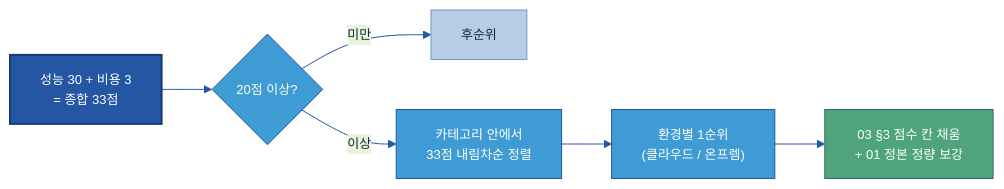
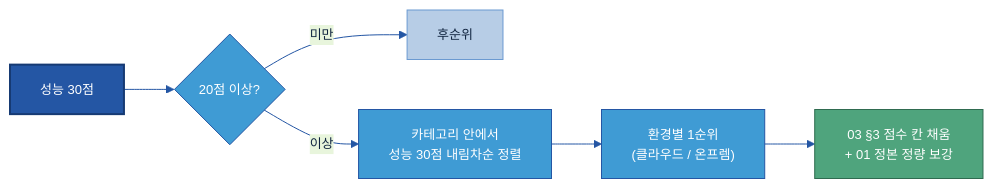
The fifth of 6 diagrams in Tech Player/04 Player 평가 실행안 (조사·보안·성능·비용·추천).md (jin-kearney/ai-ready-data-manual), drawn with Mermaid before and after one commit. The commit also changed other lines of this file and 3 other files, not shown here.

````diff
--- a/Tech Player/04 Player 평가 실행안 (조사·보안·성능·비용·추천).md
+++ b/Tech Player/04 Player 평가 실행안 (조사·보안·성능·비용·추천).md
@@ -237,13 +223,13 @@
 ```mermaid
 %%{init: {'theme':'base','themeVariables':{'primaryColor':'#DCE8F5','primaryBorderColor':'#2456A4','primaryTextColor':'#10243f','lineColor':'#2456A4','fontSize':'13px'}}}%%
 flowchart LR
-    A["성능 30 + 비용 3<br/>= 종합 33점"]:::cat --> B{"20점 이상?"}:::gate
+    A["성능 30점"]:::cat --> B{"20점 이상?"}:::gate
     B -->|미만| L["후순위"]:::n
-    B -->|이상| C["카테고리 안에서<br/>33점 내림차순 정렬"]:::gate
+    B -->|이상| C["카테고리 안에서<br/>성능 30점 내림차순 정렬"]:::gate
     C --> D["환경별 1순위<br/>(클라우드 / 온프렘)"]:::gate
     D --> E["03 §3 점수 칸 채움<br/>+ 01 정본 정량 보강"]:::loop
     classDef n fill:#B7CDE6,stroke:#6B9AD1,color:#10243f;
     classDef cat fill:#2456A4,color:#fff,stroke:#163a73,stroke-width:2px;
     classDef gate fill:#3F9BD4,stroke:#2456A4,color:#fff;
     classDef loop fill:#4FA47D,stroke:#2f6b50,color:#fff;
 ```
````
